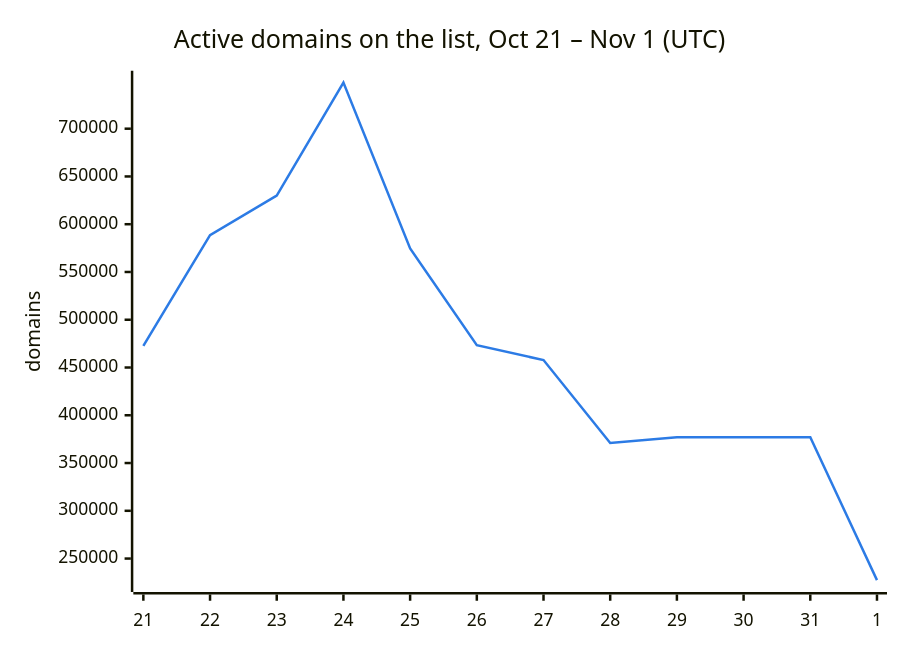
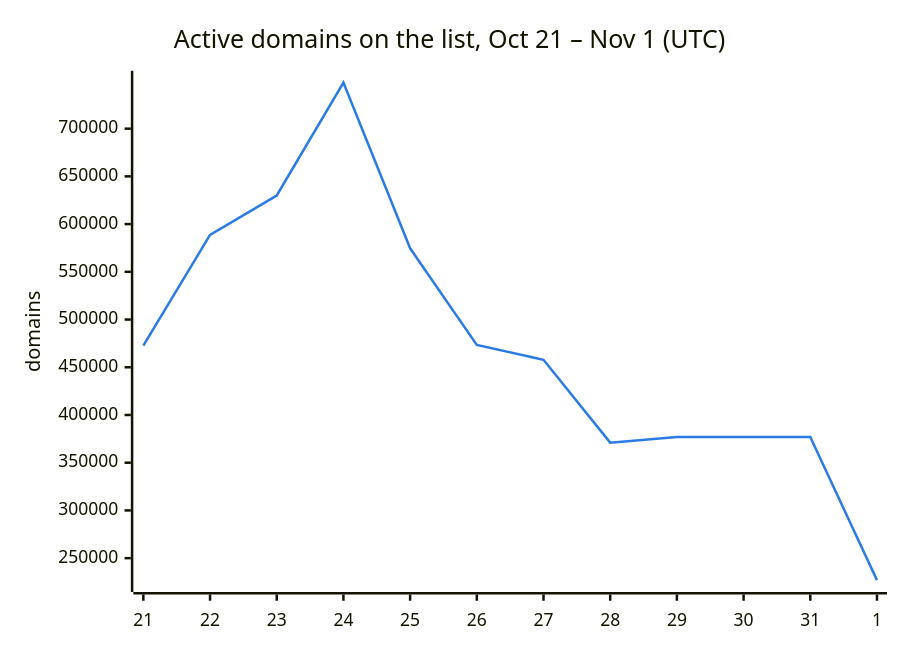
The second of 3 diagrams in README.md (DNSBunker/CTI), drawn with Mermaid before and after one commit. The commit also changed other lines of this file and 3 other files, not shown here.

````diff
--- a/README.md
+++ b/README.md
@@ -38,8 +38,8 @@
 ```mermaid
 %%{init: {"themeVariables": {"xyChart": {"plotColorPalette": "#2c7be5"}}}}%%
 xychart-beta
     title "Active domains on the list, Oct 21 – Nov 1 (UTC)"
     x-axis ["21", "22", "23", "24", "25", "26", "27", "28", "29", "30", "31", "1"]
     y-axis "domains"
-    line [472713, 588659, 629951, 748222, 574614, 473331, 457795, 371010, 376945, 376945, 376945, 227425]
+    line [472713, 588659, 629951, 748222, 574614, 473331, 457795, 371010, 376945, 376945, 376945, 226981]
 ```
````
